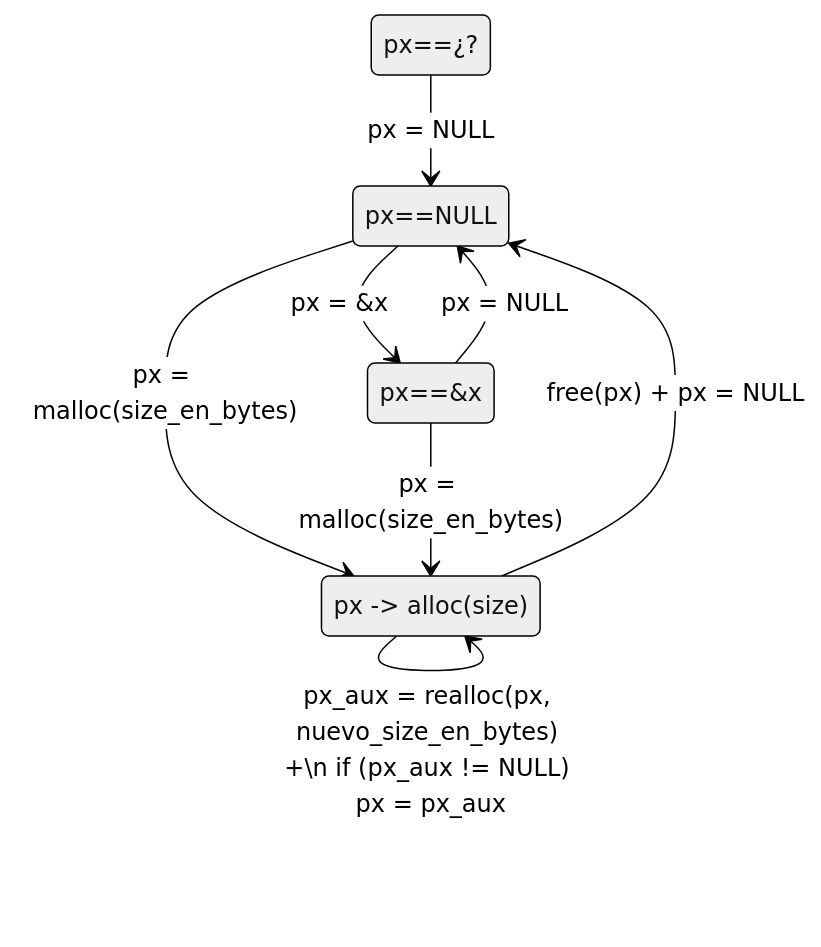
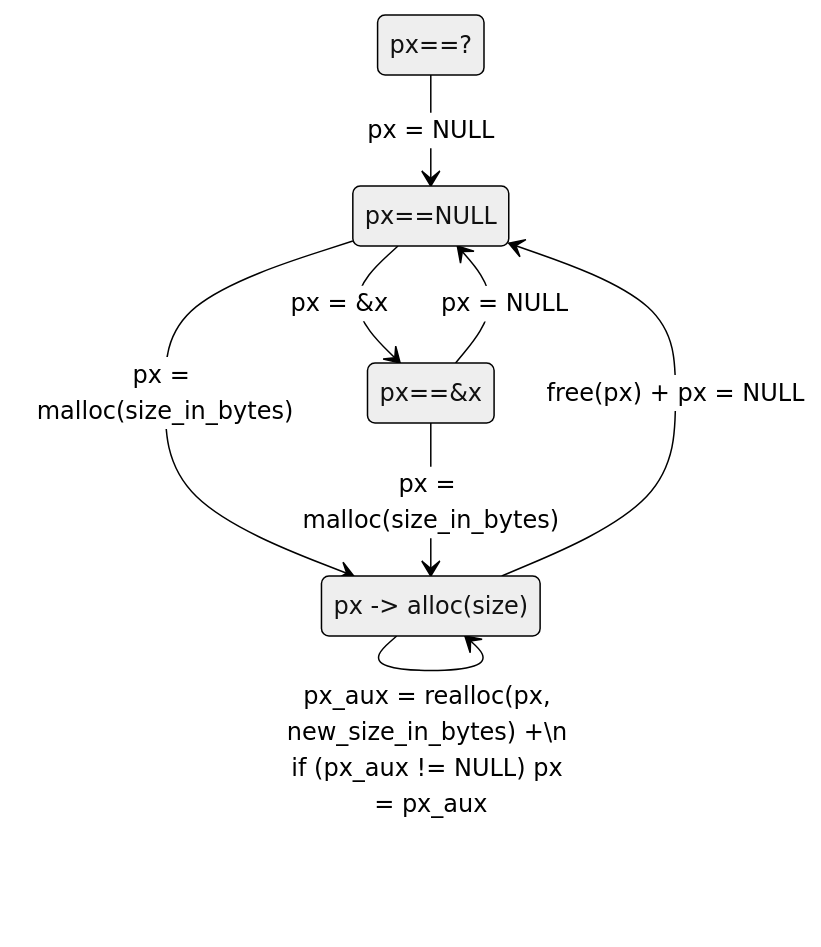
Before and after one commit to acaldero/uc3m_ds: the third of 3 diagrams in materials/topic-candmake/ssdd_c.md, drawn with Mermaid (neutral theme). The commit also changed other lines of this file, not shown here.

````diff
--- a/materials/topic-candmake/ssdd_c.md
+++ b/materials/topic-candmake/ssdd_c.md
@@ -746,16 +745,16 @@
   ```mermaid
     stateDiagram-v2
     direction TB
-    state "px==¿?"             as px_xx
+    state "px==?"              as px_xx
     state "px==NULL"           as px_null
     state "px==&x"             as px_atx
     state "px -> alloc(size)"  as px_alloc
 
     px_xx     --> px_null:  px = NULL
     px_null   --> px_atx:   px = &x
     px_atx    --> px_null:  px = NULL
-    px_null   --> px_alloc: px = malloc(size_en_bytes)
+    px_null   --> px_alloc: px = malloc(size_in_bytes)
     px_alloc  --> px_null:  free(px) + px = NULL
-    px_alloc  --> px_alloc: px_aux = realloc(px, nuevo_size_en_bytes) +\n if (px_aux != NULL) px = px_aux
-    px_atx    --> px_alloc: px = malloc(size_en_bytes)
+    px_alloc  --> px_alloc: px_aux = realloc(px, new_size_in_bytes) +\n if (px_aux != NULL) px = px_aux
+    px_atx    --> px_alloc: px = malloc(size_in_bytes)
   ```
````
